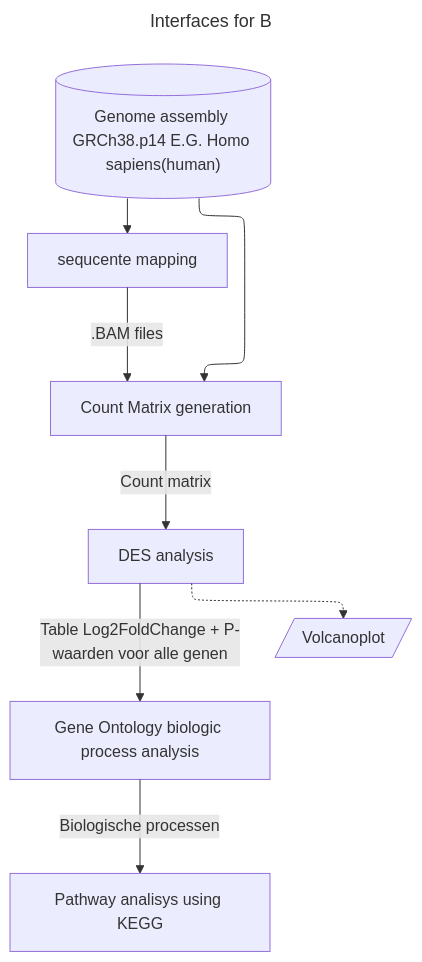
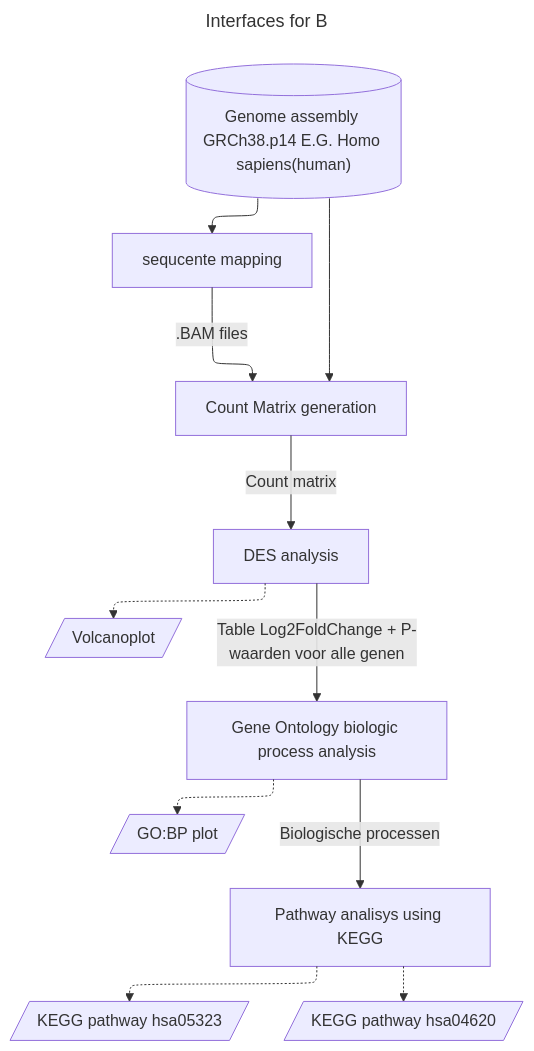
One commit to Quantum-Coder826/J2P4casusTranscriptomics changed the diagram in README.md. Above: the diagram before and after it, drawn with Mermaid.

Commit message:
Added outputs

````diff
--- a/README.md
+++ b/README.md
@@ -38,31 +38,36 @@
 ```mermaid
 ---
 title: Interfaces for B
 ---
 %%{init: {'flowchart': {'defaultRenderer': 'elk'}}}%%
 
 flowchart-elk TD;
   
   HG38[("Genome assembly GRCh38.p14 E.G. Homo sapiens(human)")] 
   HG38 --> seq_map;
   HG38 ----> matrix;
     
   seq_map[sequcente mapping] -->|".BAM files"| matrix;
   matrix[Count Matrix generation] -->|"Count matrix"| data_ana;
   
   data_ana[DES analysis] -->|"Table Log2FoldChange + P-waarden voor alle genen"| GO_ana;
   data_ana -.-> Volcano[/Volcanoplot/];
+  
   GO_ana[Gene Ontology biologic process analysis] -->|"Biologische processen"| KEGG_ana;
+  GO_ana -.-> GO_plot[/GO:BP plot/];
+  
   KEGG_ana[Pathway analisys using KEGG];
+  KEGG_ana -.-> KEGG_hsa05323[/KEGG pathway hsa05323/]
+  KEGG_ana -.-> KEGG_hsa04620[/KEGG pathway hsa04620/]
     
   click seq_map "https://github.com/Quantum-Coder826/J2P4casusTranscriptomics/blob/main/scripts/seq_mapping.R";
   click matrix "https://github.com/Quantum-Coder826/J2P4casusTranscriptomics/blob/main/scripts/count_matrix.R";
   click data_ana "https://github.com/Quantum-Coder826/J2P4casusTranscriptomics/blob/main/scripts/data_ana.R";
   click GO_ana "https://github.com/Quantum-Coder826/J2P4casusTranscriptomics/blob/main/scripts/GO_analysis.R";
   click KEGG_ana "https://github.com/Quantum-Coder826/J2P4casusTranscriptomics/blob/main/scripts/KEGG_analysis.R";
   
   click HG38 "https://www.ncbi.nlm.nih.gov/datasets/genome/GCF_000001405.40/";
   
   classDef hidden display: none;
 
 ```
````
